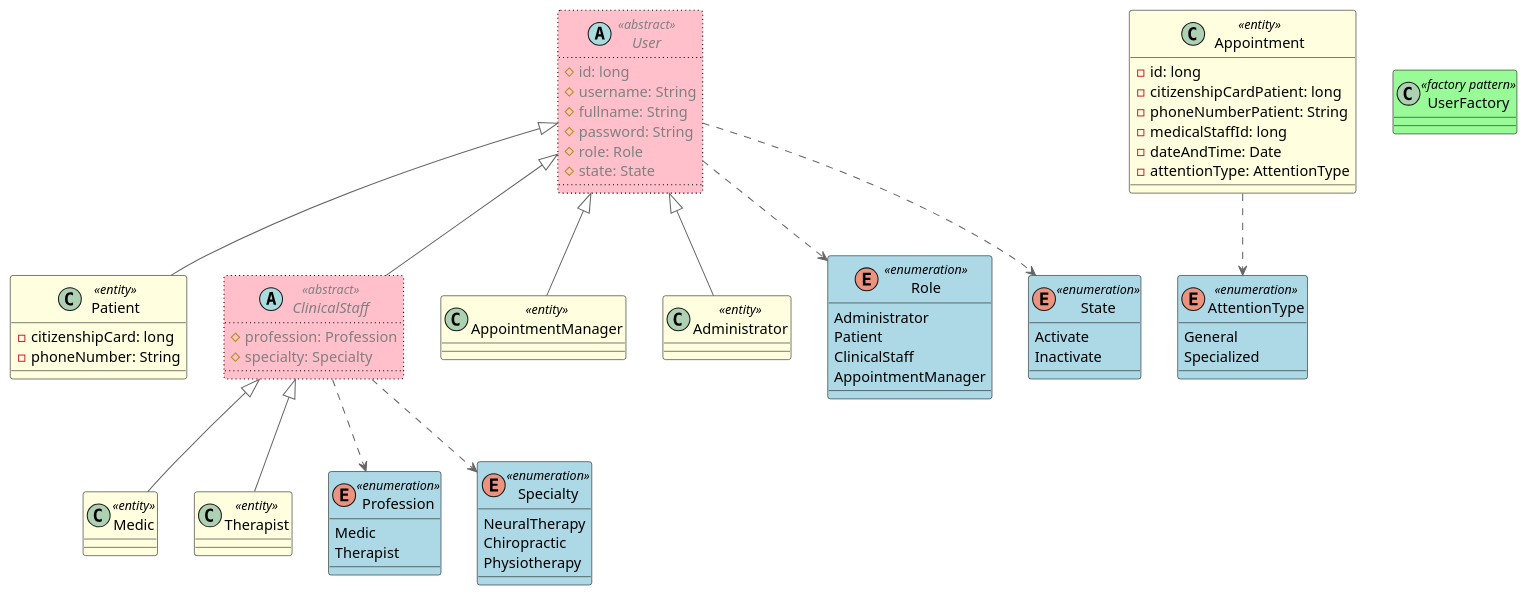
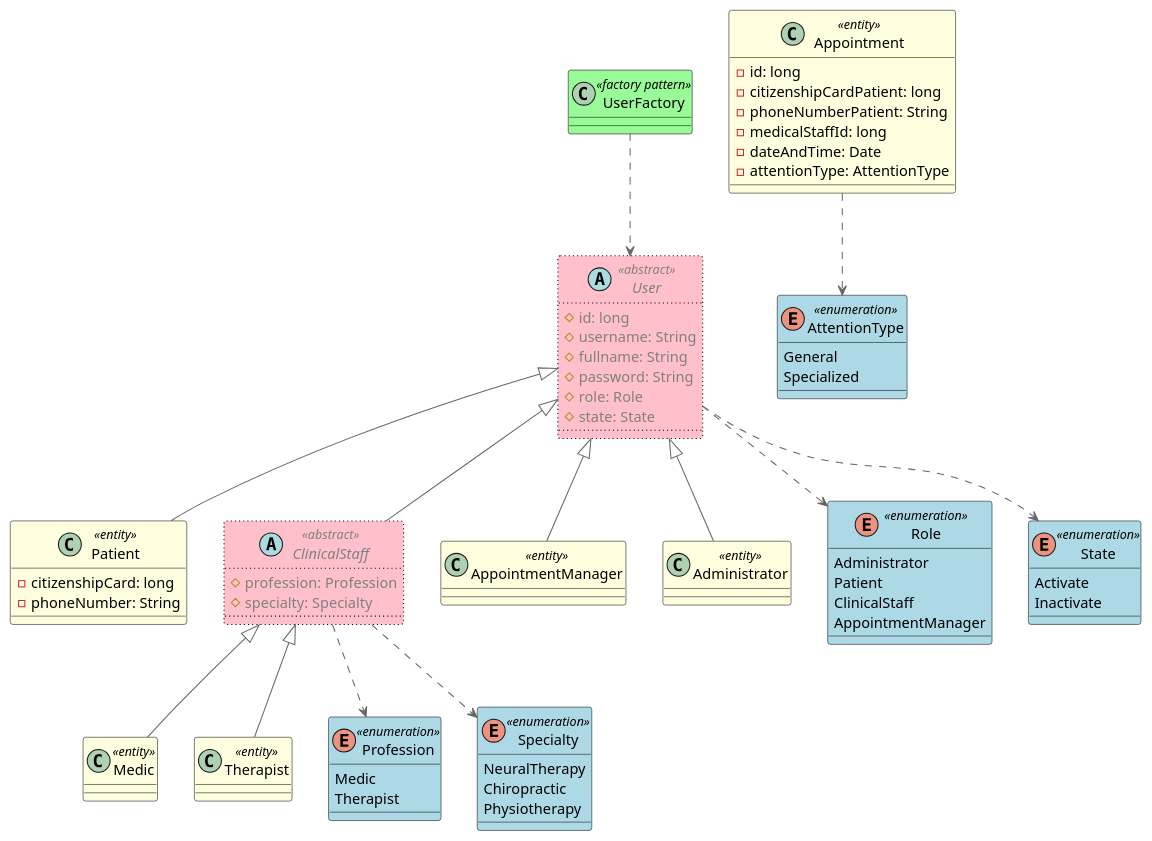
Before and after one commit to FernandoMulato/Piedrazul-Medical-Services-Network: the diagram in 1.Project-with_Monolithic_Architecture/mod_app_piedrazul_medical_services_network/Domain/dClassDomain.puml, drawn with PlantUML. The commit also changed 3 other files, not shown here.

```diff
--- a/1.Project-with_Monolithic_Architecture/mod_app_piedrazul_medical_services_network/Domain/dClassDomain.puml
+++ b/1.Project-with_Monolithic_Architecture/mod_app_piedrazul_medical_services_network/Domain/dClassDomain.puml
@@ -1,83 +1,84 @@
 @startuml DomainClasses
 
 !include https://raw.githubusercontent.com/plantuml-stdlib/C4-PlantUML/master/C4_Deployment.puml
 
 abstract User <<abstract>> #Pink;line:Black;line.dotted;text:gray {
   # id: long 
   # username: String
   # fullname: String
   # password: String
   # role: Role
   # state: State
   ' <<Constructor>> +User(): void 
 }
 
 class Patient <<entity>> #LightYellow;line:Black;text:Black extends User {
   - citizenshipCard: long
   - phoneNumber: String
   ' <<Constructor>> +User(): void 
 } 
 
 abstract ClinicalStaff <<abstract>> #Pink;line:Black;line.dotted;text:gray extends User {
   # profession: Profession
   # specialty: Specialty
 }
 
 class Medic <<entity>> #LightYellow;line:Black;text:Black extends ClinicalStaff {}
 
 class Therapist <<entity>> #LightYellow;line:Black;text:Black extends ClinicalStaff {}
 
 class AppointmentManager <<entity>> #LightYellow;line:Black;text:Black extends User {}
 
 class Administrator <<entity>> #LightYellow;line:Black;text:Black extends User {}
 
 class Appointment <<entity>> #LightYellow;line:Black;text:Black {
   -id: long
   -citizenshipCardPatient: long
   -phoneNumberPatient: String
   -medicalStaffId: long
   -dateAndTime: Date 
   -attentionType: AttentionType
 }
 
 enum Role <<enumeration>> #LightBlue;line:Black;text:Black {
   Administrator
   Patient
   ClinicalStaff
   AppointmentManager
 }
 
 enum Profession <<enumeration>> #LightBlue;line:Black;text:Black {
   Medic
   Therapist 
 }
 
 enum Specialty <<enumeration>> #LightBlue;line:Black;text:Black {
   NeuralTherapy
   Chiropractic
   Physiotherapy
 }
 
 enum State <<enumeration>> #LightBlue;line:Black;text:Black {
   Activate
   Inactivate
 }
 
 enum AttentionType <<enumeration>> #LightBlue;line:Black;text:Black {
   General
   Specialized
 }
 
 class UserFactory <<factory pattern>> #PaleGreen;line:Black;text:Black {
-  
 }
 
 User ..> Role
 User ..> State 
 
 ClinicalStaff ..> Profession
 ClinicalStaff ..> Specialty
 
 Appointment ..> AttentionType
 
+UserFactory ..> User
+
 @enduml
```
